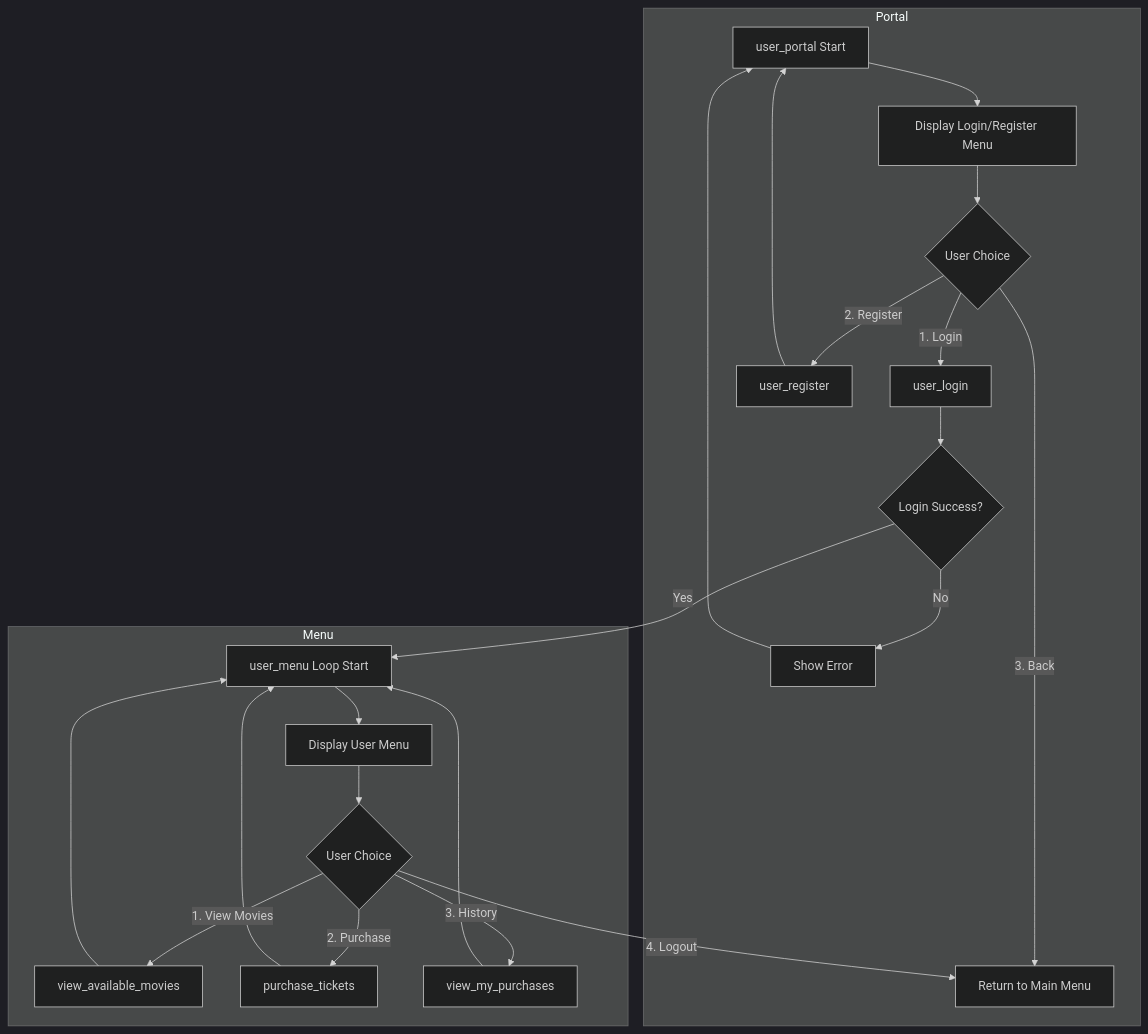
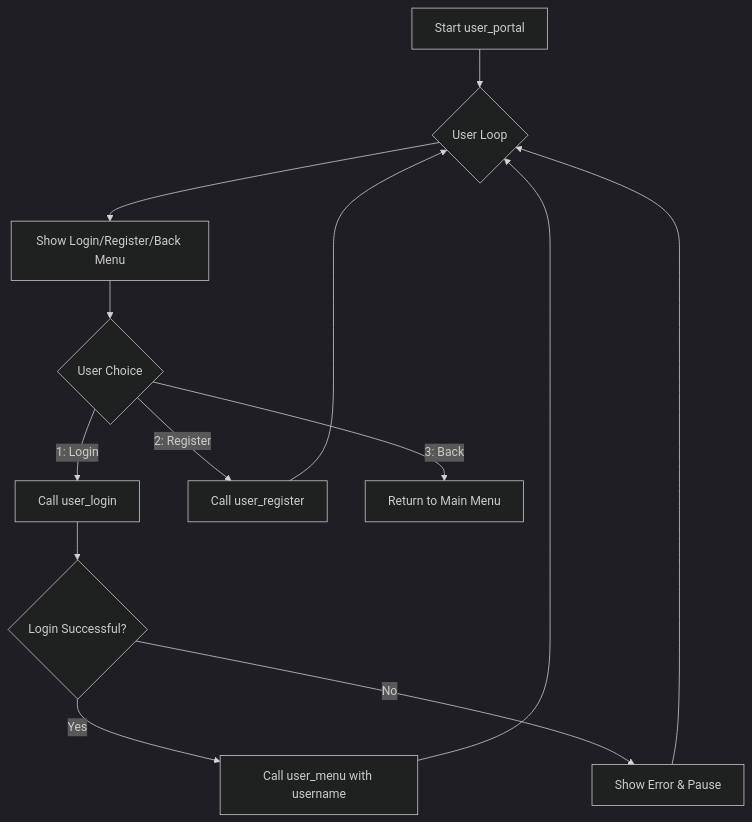
Before and after one commit to QUENJiX/test.github.io: the third of 4 diagrams in README.md, drawn with Mermaid (dark theme). The commit also changed other lines of this file, not shown here.

````diff
--- a/README.md
+++ b/README.md
@@ -350,26 +274,15 @@
 ```mermaid
 graph TD
-    subgraph Portal
-        A[user_portal Start] --> B[Display Login/Register Menu]
-        B --> C{User Choice}
-        C -->|1. Login| D[user_login]
-        C -->|2. Register| E[user_register]
-        C -->|3. Back| F[Return to Main Menu]
-        E --> A
-        D --> G{Login Success?}
-        G -->|No| H[Show Error] --> A
-    end
-    
-    subgraph Menu
-        G -->|Yes| I[user_menu Loop Start]
-        I --> J[Display User Menu]
-        J --> K{User Choice}
-        K -->|1. View Movies| L[view_available_movies]
-        K -->|2. Purchase| M[purchase_tickets]
-        K -->|3. History| N[view_my_purchases]
-        K -->|4. Logout| F
-        L --> I
-        M --> I
-        N --> I
-    end
+    A[Start user_portal] --> B{User Loop};
+    B --> C[Show Login/Register/Back Menu];
+    C --> D{User Choice};
+    D -->|1: Login| E[Call user_login];
+    D -->|2: Register| F[Call user_register];
+    D -->|3: Back| G[Return to Main Menu];
+    F --> B;
+    E --> H{Login Successful?};
+    H -->|Yes| I[Call user_menu with username];
+    H -->|No| J[Show Error & Pause];
+    I --> B;
+    J --> B;
 ```
````
